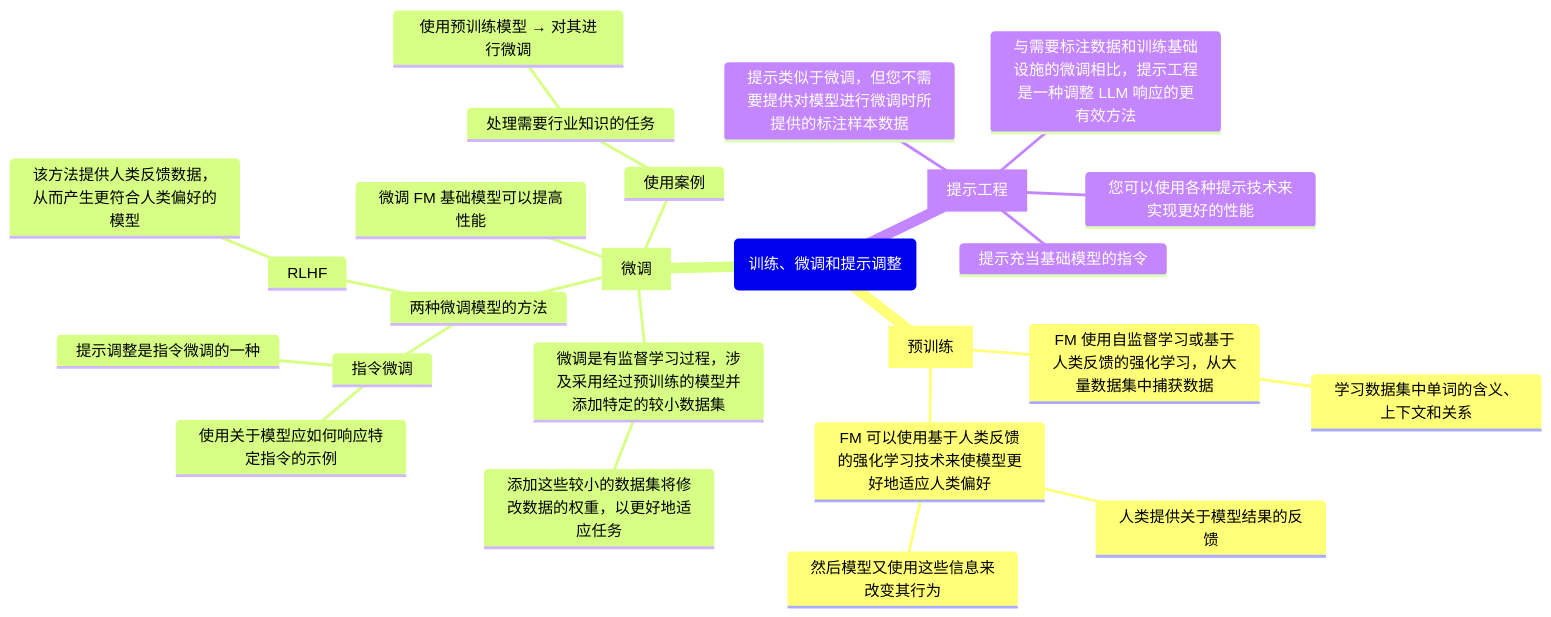
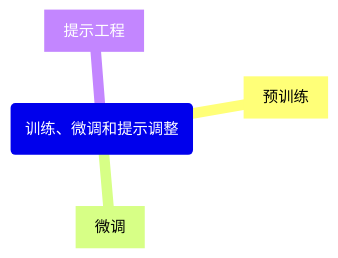
One commit to ytxmobile98/https-dev.amazoncloud.cn-learn-aitalent changed the first of 4 diagrams in 技术研发效能/Module 1 - 如何使用大模型/2. 提示工程基础知识/基础模型的基础知识.md. Above: the diagram before and after it, drawn with Mermaid. The commit also changed other lines of this file, not shown here.

````diff
--- a/技术研发效能/Module 1 - 如何使用大模型/2. 提示工程基础知识/基础模型的基础知识.md
+++ b/技术研发效能/Module 1 - 如何使用大模型/2. 提示工程基础知识/基础模型的基础知识.md
@@ -37,28 +54,7 @@
 ```mermaid
 mindmap
 (训练、微调和提示调整)
     [预训练]
-        FM 使用自监督学习或基于人类反馈的强化学习，从大量数据集中捕获数据
-            学习数据集中单词的含义、上下文和关系
-        FM 可以使用基于人类反馈的强化学习技术来使模型更好地适应人类偏好
-            人类提供关于模型结果的反馈
-            然后模型又使用这些信息来改变其行为
     [微调]
-        微调 FM 基础模型可以提高性能
-        微调是有监督学习过程，涉及采用经过预训练的模型并添加特定的较小数据集
-            添加这些较小的数据集将修改数据的权重，以更好地适应任务
-        两种微调模型的方法
-            指令微调
-                使用关于模型应如何响应特定指令的示例
-                提示调整是指令微调的一种
-            RLHF
-                该方法提供人类反馈数据，从而产生更符合人类偏好的模型
-        使用案例
-            处理需要行业知识的任务
-                使用预训练模型 → 对其进行微调
     [提示工程]
-        提示充当基础模型的指令
-        提示类似于微调，但您不需要提供对模型进行微调时所提供的标注样本数据
-        您可以使用各种提示技术来实现更好的性能
-        与需要标注数据和训练基础设施的微调相比，提示工程是一种调整 LLM 响应的更有效方法
 ```
````
